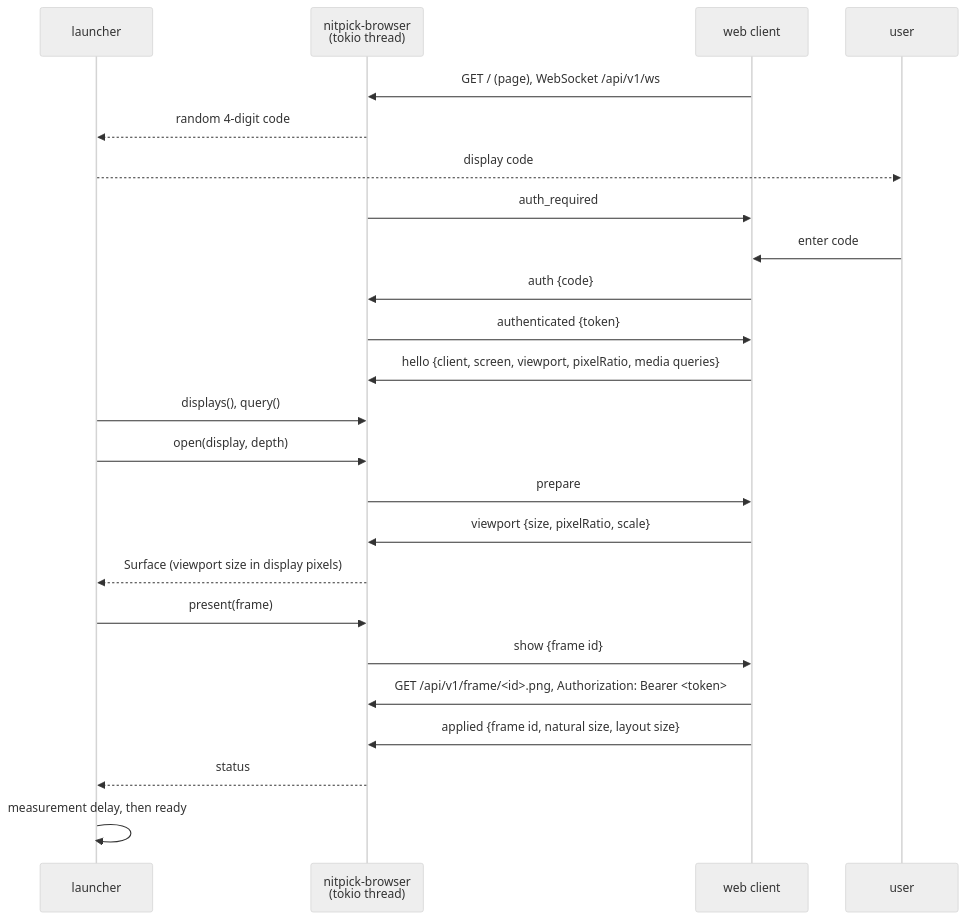
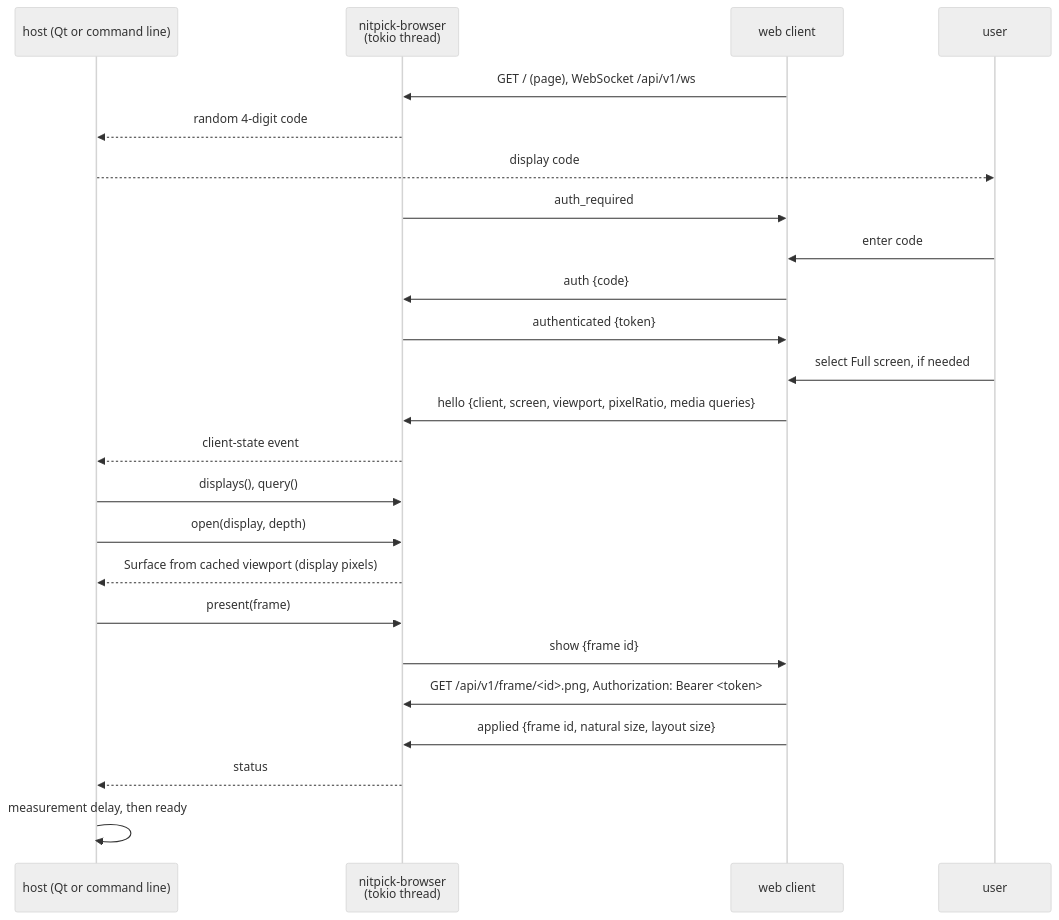
One commit to Jamesits/nitpick changed the diagram in doc/design/output_driver/browser.md. Above: the diagram before and after it, drawn with Mermaid (neutral theme). The commit also changed other lines of this file and 3 other files, not shown here.

````diff
--- a/doc/design/output_driver/browser.md
+++ b/doc/design/output_driver/browser.md
@@ -16,26 +16,26 @@
 ```mermaid
 sequenceDiagram
-    participant L as launcher
+    participant L as host (Qt or command line)
     participant S as nitpick-browser<br/>(tokio thread)
     participant C as web client
     participant U as user
     C->>S: GET / (page), WebSocket /api/v1/ws
     S-->>L: random 4-digit code
     L-->>U: display code
     S->>C: auth_required
     U->>C: enter code
     C->>S: auth {code}
     S->>C: authenticated {token}
+    U->>C: select Full screen, if needed
     C->>S: hello {client, screen, viewport, pixelRatio, media queries}
+    S-->>L: client-state event
     L->>S: displays(), query()
     L->>S: open(display, depth)
-    S->>C: prepare
-    C->>S: viewport {size, pixelRatio, scale}
-    S-->>L: Surface (viewport size in display pixels)
+    S-->>L: Surface from cached viewport (display pixels)
     L->>S: present(frame)
     S->>C: show {frame id}
     C->>S: GET /api/v1/frame/<id>.png, Authorization: Bearer <token>
     C->>S: applied {frame id, natural size, layout size}
     S-->>L: status
     L->>L: measurement delay, then ready
 ```
````
